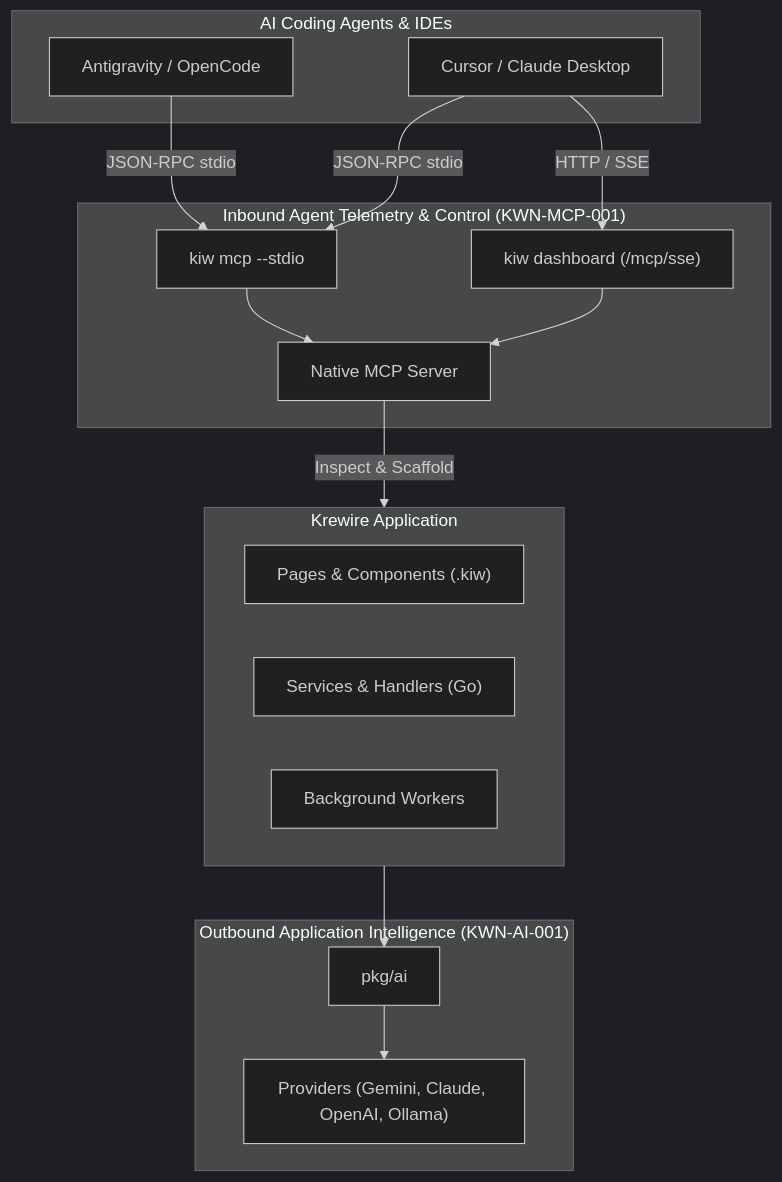
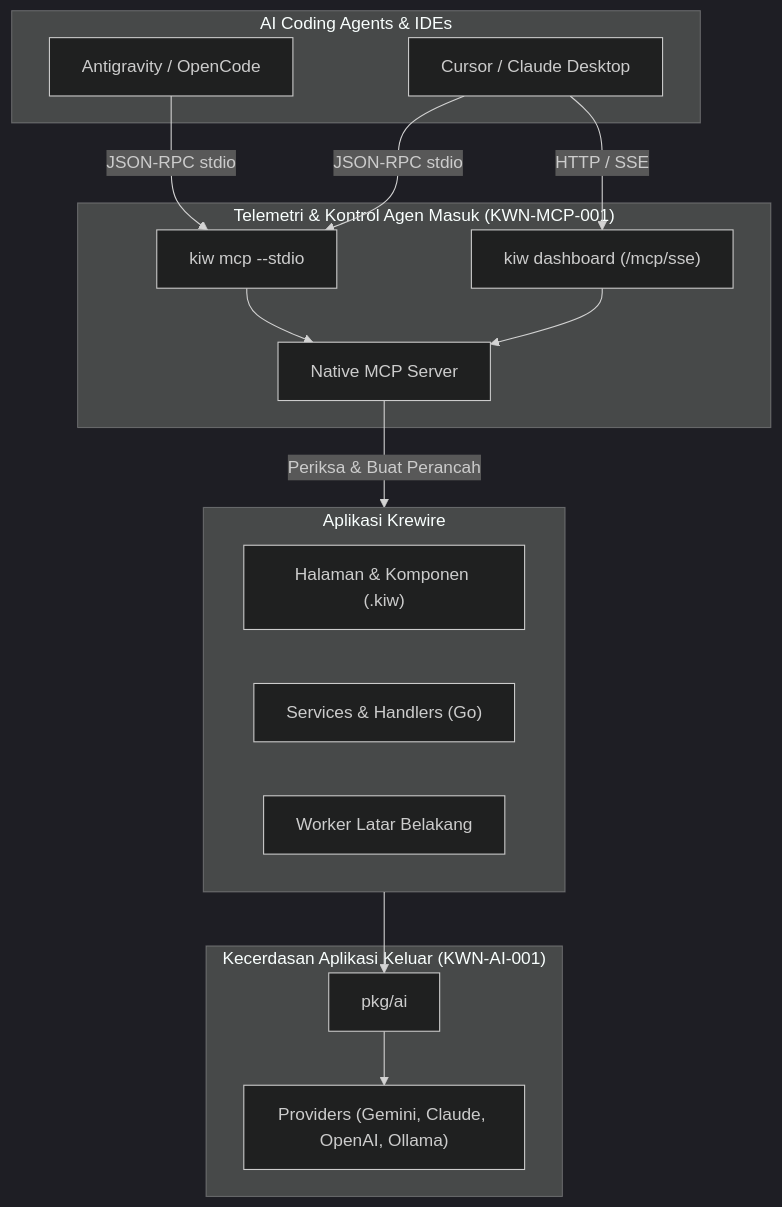
One commit to krewire/krewire.com changed the diagram in content/id/docs/06-guides/04-agentic-development.md. Above: the diagram before and after it, drawn with Mermaid (dark theme). The commit also changed other lines of this file and 36 other files, not shown here.

````diff
--- a/content/id/docs/06-guides/04-agentic-development.md
+++ b/content/id/docs/06-guides/04-agentic-development.md
@@ -17,34 +17,34 @@
 ```mermaid
 flowchart TD
     subgraph Agents ["AI Coding Agents & IDEs"]
         AGY["Antigravity / OpenCode"]
         CUR["Cursor / Claude Desktop"]
     end
 
-    subgraph Inbound ["Inbound Agent Telemetry & Control (KWN-MCP-001)"]
+    subgraph Inbound ["Telemetri & Kontrol Agen Masuk (KWN-MCP-001)"]
         STDIO["kiw mcp --stdio"]
         SSE["kiw dashboard (/mcp/sse)"]
         SRV["Native MCP Server"]
     end
 
-    subgraph Outbound ["Outbound Application Intelligence (KWN-AI-001)"]
+    subgraph Outbound ["Kecerdasan Aplikasi Keluar (KWN-AI-001)"]
         AISDK["pkg/ai"]
         PROV["Providers (Gemini, Claude, OpenAI, Ollama)"]
     end
 
-    subgraph Project ["Krewire Application"]
-        PAGES["Pages & Components (.kiw)"]
+    subgraph Project ["Aplikasi Krewire"]
+        PAGES["Halaman & Komponen (.kiw)"]
         SERVICES["Services & Handlers (Go)"]
-        WORKERS["Background Workers"]
+        WORKERS["Worker Latar Belakang"]
     end
 
     AGY -->|JSON-RPC stdio| STDIO
     CUR -->|JSON-RPC stdio| STDIO
     CUR -->|HTTP / SSE| SSE
     STDIO --> SRV
     SSE --> SRV
-    SRV -->|Inspect & Scaffold| Project
+    SRV -->|Periksa & Buat Perancah| Project
 
     Project --> AISDK
     AISDK --> PROV
 ```
````
